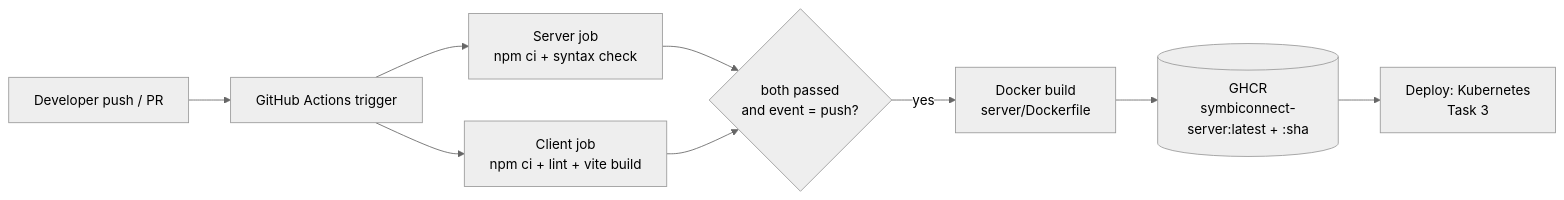
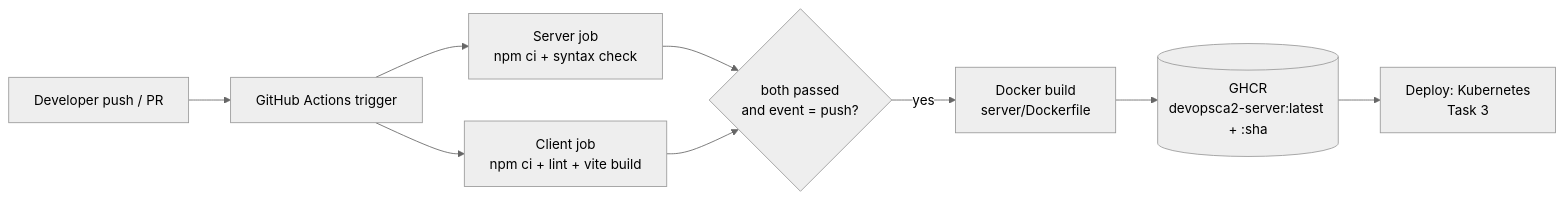
Before and after one commit to krittika019/DevOpsCA2: the diagram in devops/docs/pipeline-diagram.md, drawn with Mermaid (neutral theme). The commit also changed 1 other file, not shown here.

Commit message:
Publish image under this repo's GHCR namespace

````diff
--- a/devops/docs/pipeline-diagram.md
+++ b/devops/docs/pipeline-diagram.md
@@ -3,11 +3,11 @@
 ```mermaid
 flowchart LR
   A[Developer push / PR] --> B[GitHub Actions trigger]
   B --> C[Server job<br/>npm ci + syntax check]
   B --> D[Client job<br/>npm ci + lint + vite build]
   C --> E{both passed<br/>and event = push?}
   D --> E
   E -- yes --> F[Docker build<br/>server/Dockerfile]
-  F --> G[(GHCR<br/>symbiconnect-server:latest + :sha)]
+  F --> G[(GHCR<br/>devopsca2-server:latest + :sha)]
   G --> H[Deploy: Kubernetes<br/>Task 3]
 ```
````
